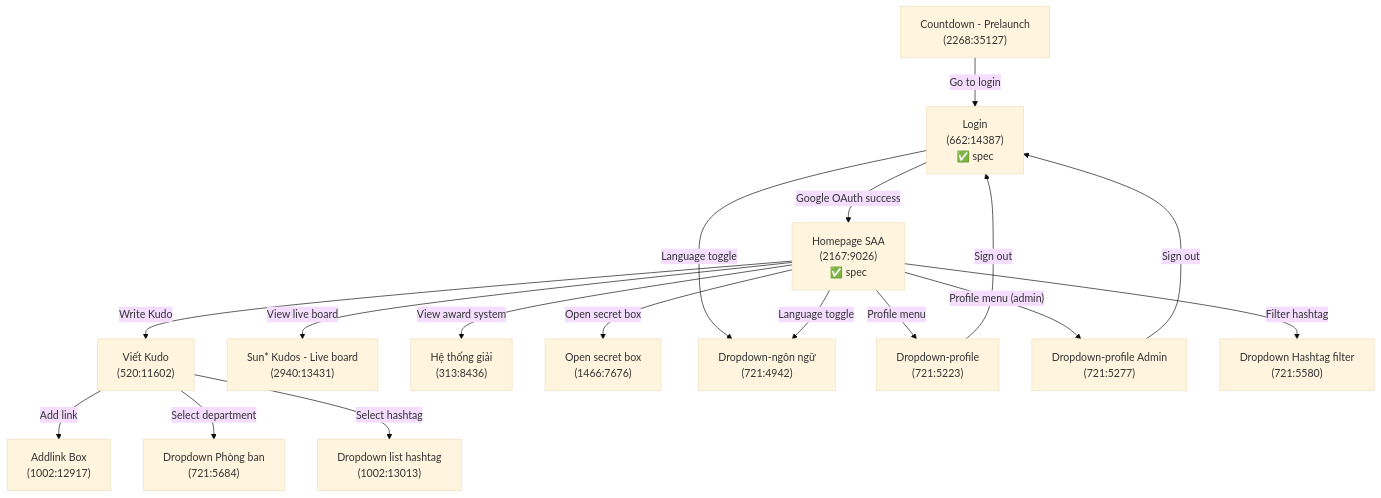
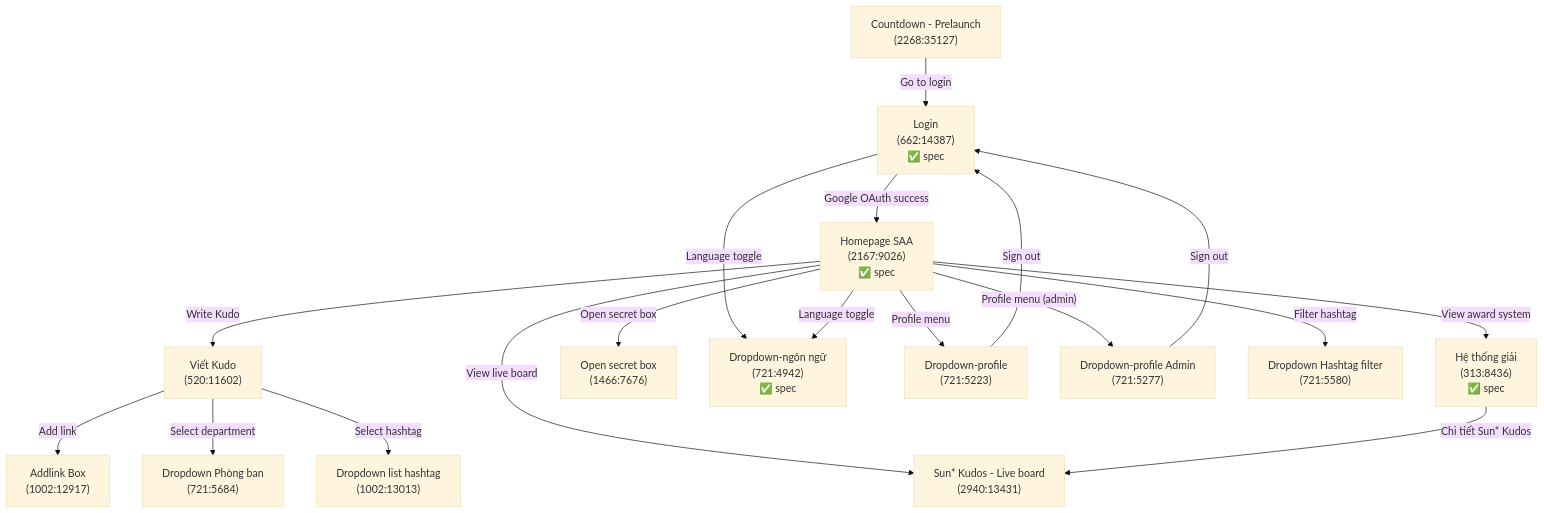
One commit to khanhnd-1312/agentic-coding-hands-on changed the first of 2 diagrams in .momorph/SCREENFLOW.md. Above: the diagram before and after it, drawn with Mermaid (base theme). The commit also changed other lines of this file and 6 other files, not shown here.

````diff
--- a/.momorph/SCREENFLOW.md
+++ b/.momorph/SCREENFLOW.md
@@ -45,44 +45,45 @@
 ```mermaid
 flowchart TD
     %% Pre-launch
     Countdown["Countdown - Prelaunch\n(2268:35127)"]
 
     %% Auth
     Login["Login\n(662:14387)\n✅ spec"]
     Homepage["Homepage SAA\n(2167:9026)\n✅ spec"]
 
     %% Main
 
     %% Features
     VietKudo["Viết Kudo\n(520:11602)"]
     LiveBoard["Sun* Kudos - Live board\n(2940:13431)"]
-    HeThoGiai["Hệ thống giải\n(313:8436)"]
+    HeThoGiai["Hệ thống giải\n(313:8436)\n✅ spec"]
     SecretBox["Open secret box\n(1466:7676)"]
     AddlinkBox["Addlink Box\n(1002:12917)"]
 
     %% Dropdowns / overlays
-    LangDD["Dropdown-ngôn ngữ\n(721:4942)"]
+    LangDD["Dropdown-ngôn ngữ\n(721:4942)\n✅ spec"]
     ProfileDD["Dropdown-profile\n(721:5223)"]
     ProfileAdminDD["Dropdown-profile Admin\n(721:5277)"]
     PhongBanDD["Dropdown Phòng ban\n(721:5684)"]
     HashtagFilter["Dropdown Hashtag filter\n(721:5580)"]
     HashtagList["Dropdown list hashtag\n(1002:13013)"]
 
     %% Flow
     Countdown -->|"Go to login"| Login
     Login -->|"Google OAuth success"| Homepage
     Login -->|"Language toggle"| LangDD
     Homepage -->|"Language toggle"| LangDD
     Homepage -->|"Profile menu"| ProfileDD
     Homepage -->|"Profile menu (admin)"| ProfileAdminDD
     Homepage -->|"Write Kudo"| VietKudo
     Homepage -->|"View live board"| LiveBoard
     Homepage -->|"View award system"| HeThoGiai
     Homepage -->|"Open secret box"| SecretBox
     Homepage -->|"Filter hashtag"| HashtagFilter
+    HeThoGiai -->|"Chi tiết Sun* Kudos"| LiveBoard
     VietKudo -->|"Add link"| AddlinkBox
     VietKudo -->|"Select department"| PhongBanDD
     VietKudo -->|"Select hashtag"| HashtagList
     ProfileDD -->|"Sign out"| Login
     ProfileAdminDD -->|"Sign out"| Login
 ```
````
